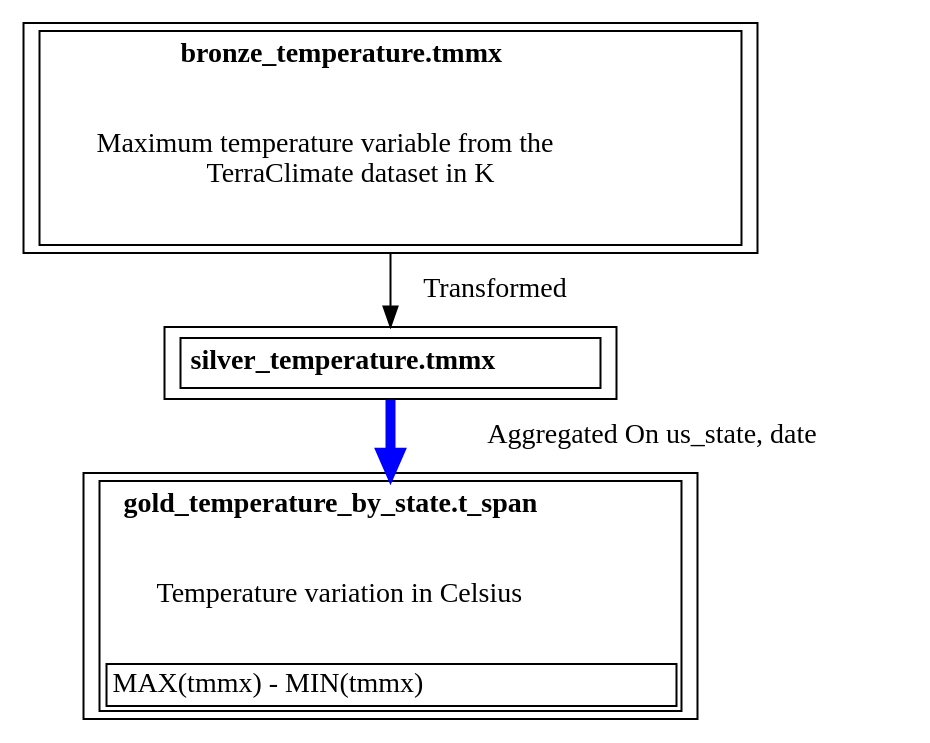
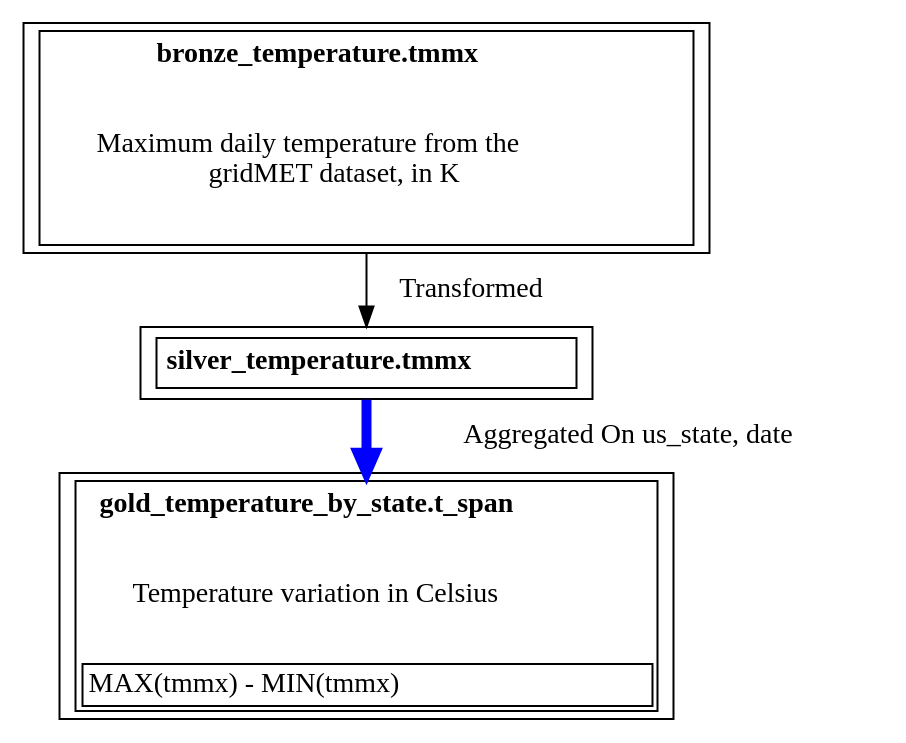
Before and after one commit to ForomePlatform/dorieh: the diagram in doc/tutorial/climate/mddocs/tables/gold_temperature_by_state/t_span.dot, drawn with Graphviz. The commit also changed 27 other files, not shown here.

```diff
--- a/doc/tutorial/climate/mddocs/tables/gold_temperature_by_state/t_span.dot
+++ b/doc/tutorial/climate/mddocs/tables/gold_temperature_by_state/t_span.dot
@@ -1,26 +1,26 @@
 digraph {
 			"gold_temperature_by_state.t_span" [label=<
 <TABLE>
 <tr><td align = "center" border = "0"><b>gold_temperature_by_state.t_span</b></td></tr>
 <tr><td align = "left" border = "0" cellpadding="25">Temperature variation in Celsius</td></tr>
 	<tr><td align = "left">MAX(tmmx) - MIN(tmmx)</td></tr>
 
 </TABLE>
 >,shape=box,URL="../gold_temperature_by_state/t_span.html",target=_blank];
 			"silver_temperature.tmmx" [label=<
 <TABLE>
 <tr><td align = "center" border = "0"><b>silver_temperature.tmmx</b></td></tr>
 
 </TABLE>
 >,shape=box,URL="../silver_temperature/tmmx.html",target=_blank];
 			"bronze_temperature.tmmx" [label=<
 <TABLE>
 <tr><td align = "center" border = "0"><b>bronze_temperature.tmmx</b></td></tr>
-<tr><td align = "left" border = "0" cellpadding="25">Maximum temperature variable from the<br/>TerraClimate dataset in K</td></tr>
+<tr><td align = "left" border = "0" cellpadding="25">Maximum daily temperature from the<br/>gridMET dataset, in K</td></tr>
 
 </TABLE>
 >,shape=box,URL="../bronze_temperature/tmmx.html",target=_blank];
 
 	"silver_temperature.tmmx" -> "gold_temperature_by_state.t_span" [label="	  Aggregated On us_state, date",penwidth=5,color=blue,labelfloat=True];
 	"bronze_temperature.tmmx" -> "silver_temperature.tmmx" [label=	"  Transformed",penwidth=1,color=black,labelfloat=True];
 }
```
